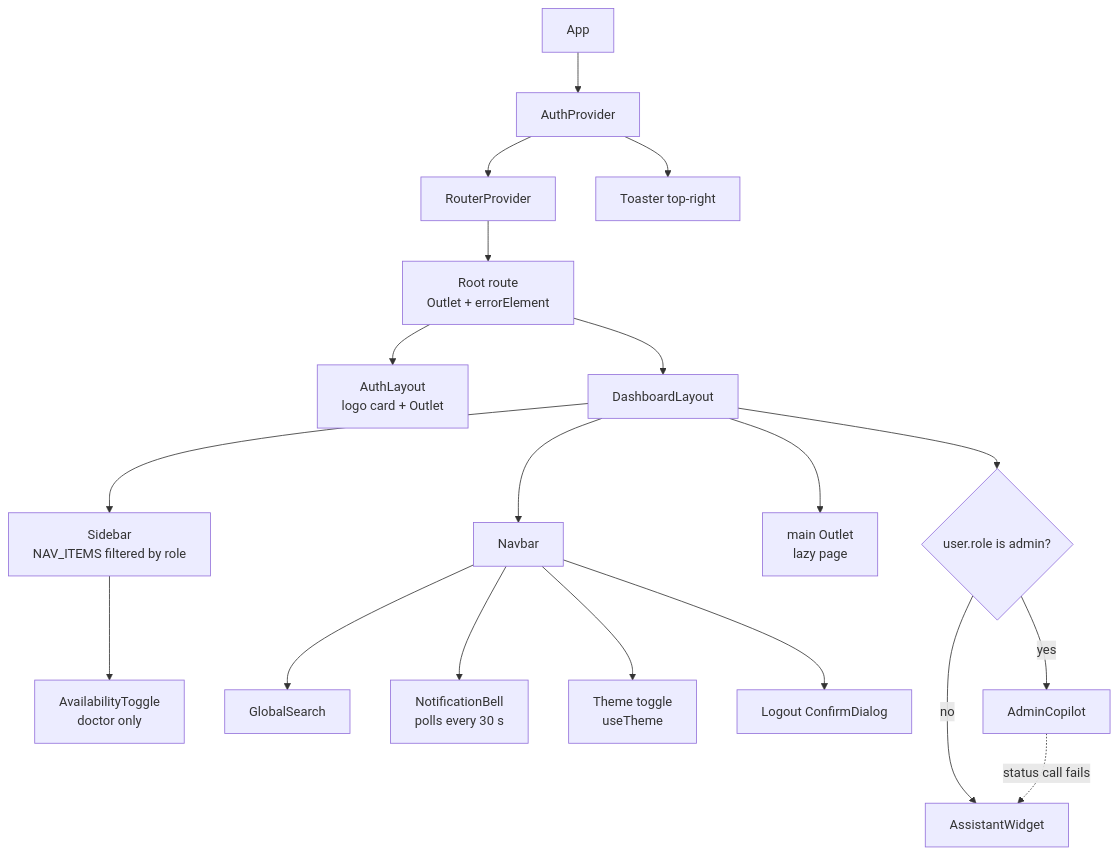
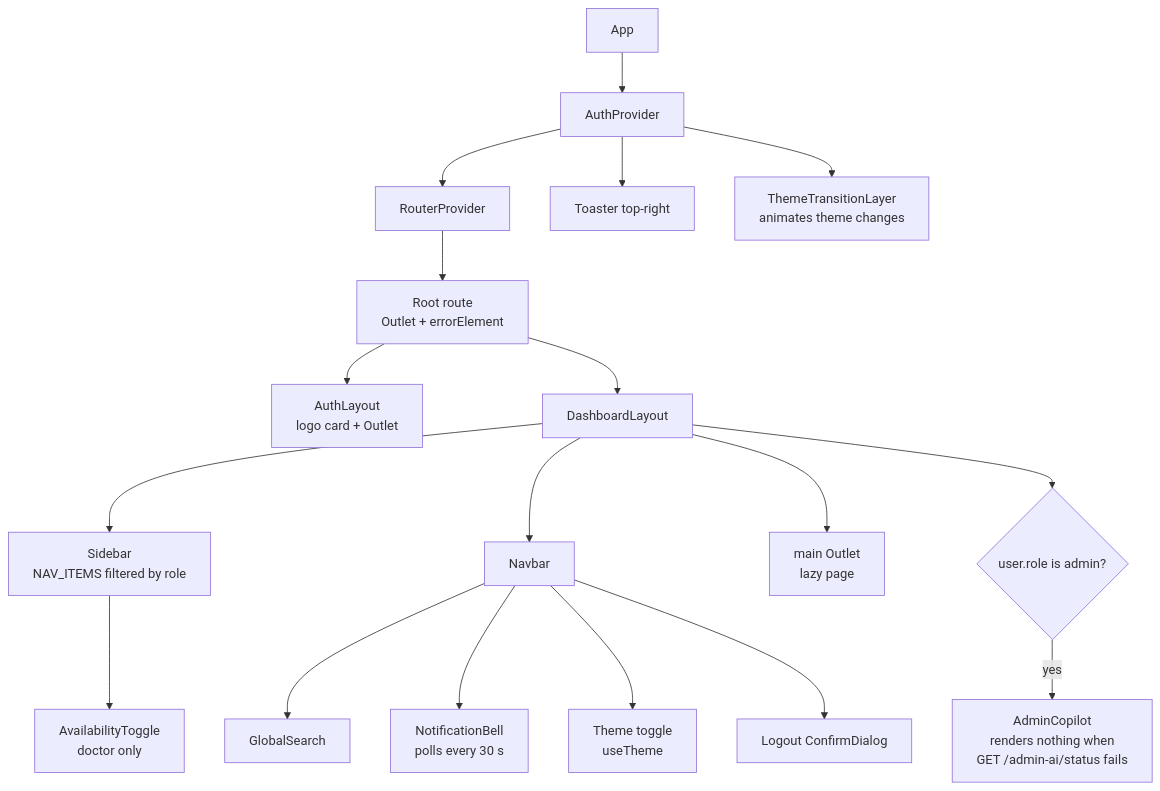
The third of 21 diagrams in frontend/ARCHITECTURE.md (muhammadhamd56-cloud/hospital-management-system), drawn with Mermaid before and after one commit. The commit also changed other lines of this file and 13 other files, not shown here.

First line of the commit message:
docs: document the Ollama-based Admin AI and correct stale architecture gaps

````diff
--- a/frontend/ARCHITECTURE.md
+++ b/frontend/ARCHITECTURE.md
@@ -224,37 +233,36 @@
 ```mermaid
 flowchart TB
     App["App"]
     AuthProvider["AuthProvider"]
     RouterProvider["RouterProvider"]
     Toaster["Toaster top-right"]
     Root["Root route<br/>Outlet + errorElement"]
     AuthLayout["AuthLayout<br/>logo card + Outlet"]
     DashboardLayout["DashboardLayout"]
     Sidebar["Sidebar<br/>NAV_ITEMS filtered by role"]
     Avail["AvailabilityToggle<br/>doctor only"]
     Navbar["Navbar"]
     Search["GlobalSearch"]
     Bell["NotificationBell<br/>polls every 30 s"]
     Theme["Theme toggle<br/>useTheme"]
+    ThemeLayer["ThemeTransitionLayer<br/>animates theme changes"]
     Logout["Logout ConfirmDialog"]
     Main["main Outlet<br/>lazy page"]
     AIChoice{"user.role is admin?"}
-    Copilot["AdminCopilot"]
-    Assistant["AssistantWidget"]
+    Copilot["AdminCopilot<br/>renders nothing when<br/>GET /admin-ai/status fails"]
 
     App --> AuthProvider --> RouterProvider --> Root
     AuthProvider --> Toaster
+    AuthProvider --> ThemeLayer
     Root --> AuthLayout
     Root --> DashboardLayout
     DashboardLayout --> Sidebar --> Avail
     DashboardLayout --> Navbar
     Navbar --> Search
     Navbar --> Bell
     Navbar --> Theme
     Navbar --> Logout
     DashboardLayout --> Main
     DashboardLayout --> AIChoice
     AIChoice -->|"yes"| Copilot
-    AIChoice -->|"no"| Assistant
-    Copilot -.->|"status call fails"| Assistant
 ```
````
